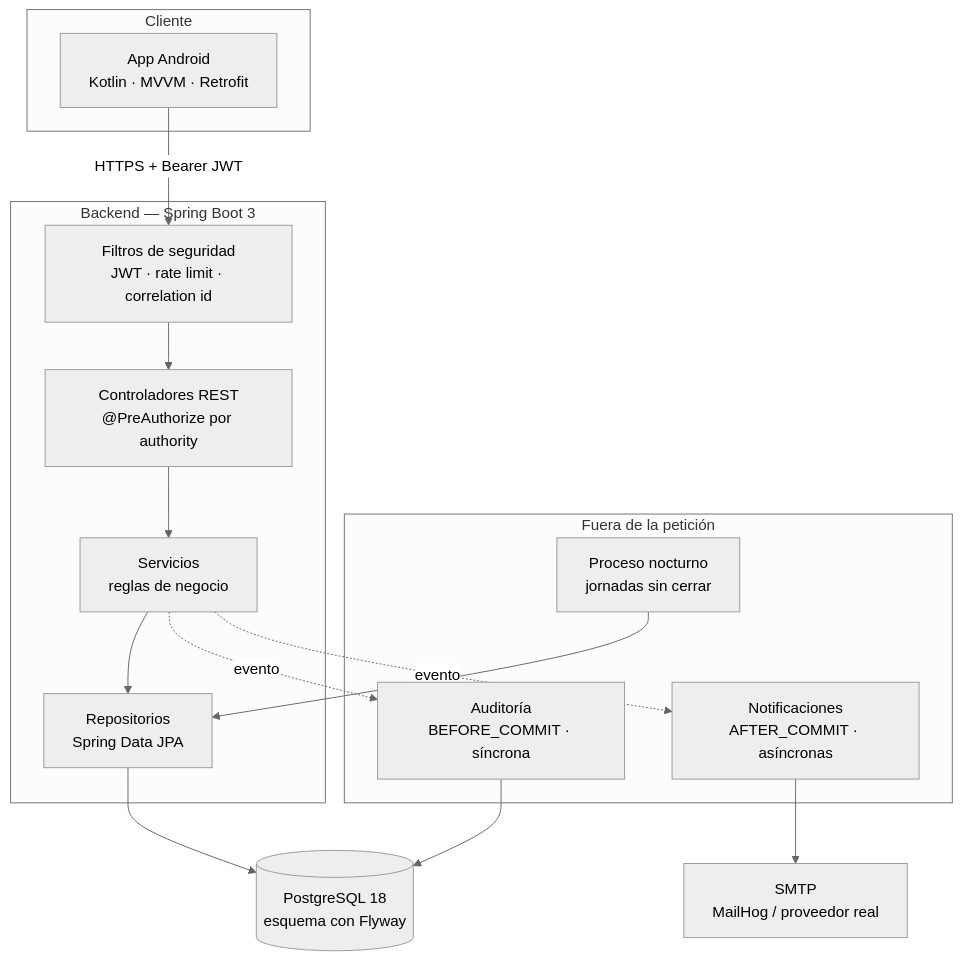
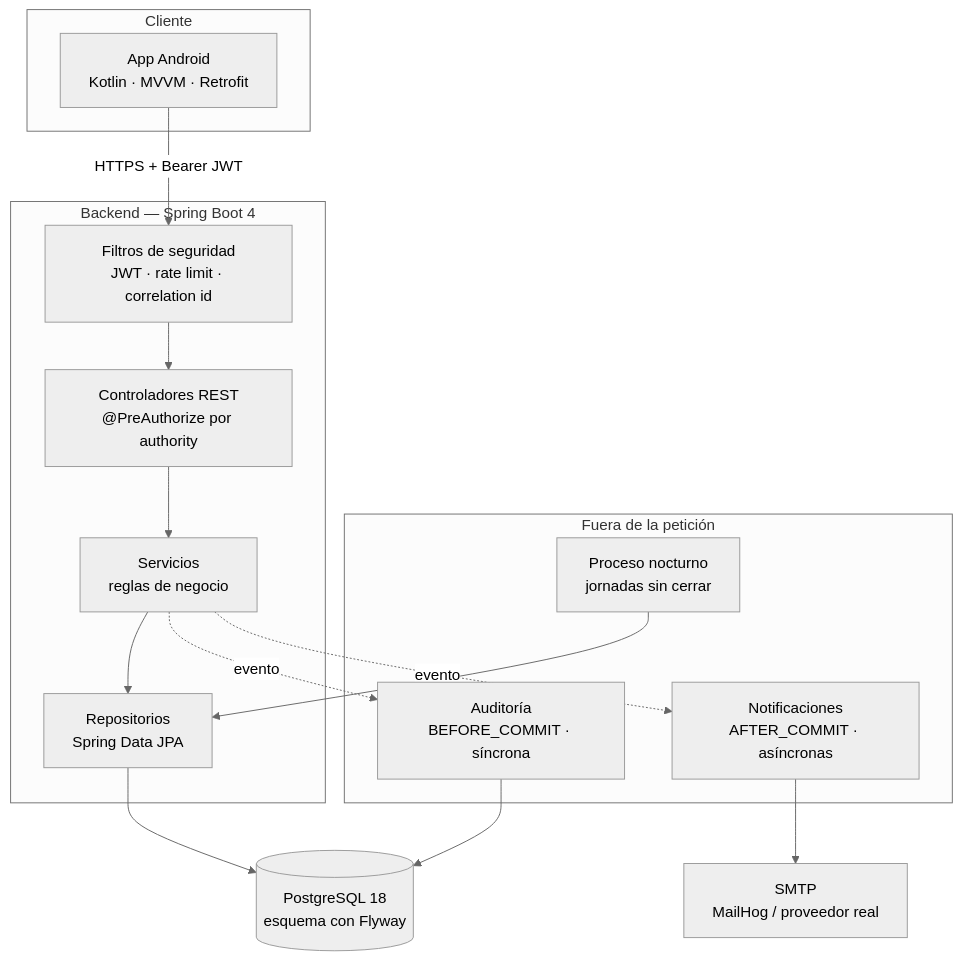
One commit to m-alfonsovillamil/NX-Time changed the first of 2 diagrams in README.md. Above: the diagram before and after it, drawn with Mermaid (neutral theme). The commit also changed other lines of this file and 14 other files, not shown here.

First line of the commit message:
Spring Boot 4.1.1 (Spring Framework 7, Security 7, Hibernate 7)

````diff
--- a/README.md
+++ b/README.md
@@ -312,28 +312,28 @@
 ```mermaid
 flowchart TB
     subgraph cliente["Cliente"]
         APP["App Android<br/>Kotlin · MVVM · Retrofit"]
     end
 
-    subgraph api["Backend — Spring Boot 3"]
+    subgraph api["Backend — Spring Boot 4"]
         SEC["Filtros de seguridad<br/>JWT · rate limit · correlation id"]
         CTRL["Controladores REST<br/>@PreAuthorize por authority"]
         SRV["Servicios<br/>reglas de negocio"]
         REPO["Repositorios<br/>Spring Data JPA"]
     end
 
     subgraph async["Fuera de la petición"]
         AUD["Auditoría<br/>BEFORE_COMMIT · síncrona"]
         MAIL["Notificaciones<br/>AFTER_COMMIT · asíncronas"]
         SCH["Proceso nocturno<br/>jornadas sin cerrar"]
     end
 
     DB[("PostgreSQL 18<br/>esquema con Flyway")]
     SMTP["SMTP<br/>MailHog / proveedor real"]
 
     APP -->|"HTTPS + Bearer JWT"| SEC
     SEC --> CTRL --> SRV --> REPO --> DB
     SRV -.->|"evento"| AUD --> DB
     SRV -.->|"evento"| MAIL --> SMTP
     SCH --> REPO
 ```
````
